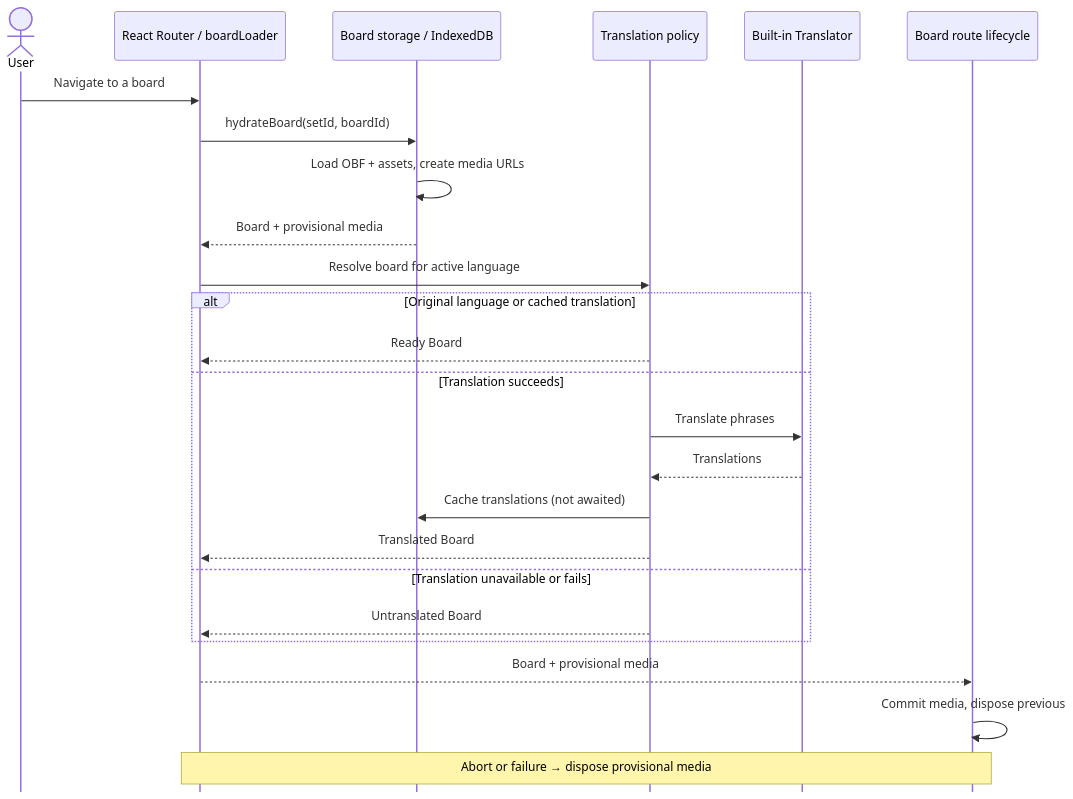
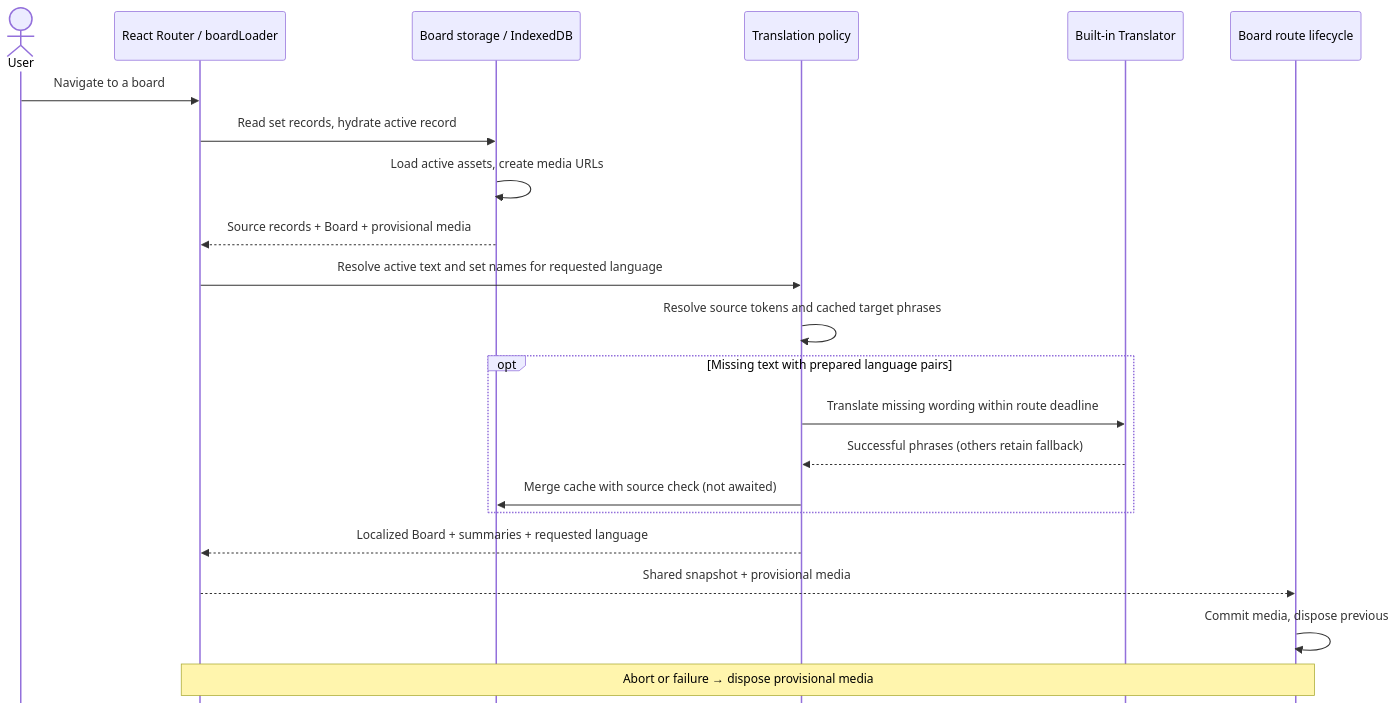
Before and after one commit to shayc/aac-board-ai: the second of 2 diagrams in docs/architecture.md, drawn with Mermaid. The commit also changed other lines of this file and 60 other files, not shown here.

Commit message:
fix(board): unify localized board and switcher content

````diff
--- a/docs/architecture.md
+++ b/docs/architecture.md
@@ -116,35 +122,32 @@
 ```mermaid
 %%{init: { "sequence": { "mirrorActors": false }}}%%
 sequenceDiagram
     accTitle: Opening a board
     accDescr: React Router hydrates a board from IndexedDB, optionally translates it, then renders it and commits its media resources.
 
     actor User
     participant Router as React Router / boardLoader
     participant Storage as Board storage / IndexedDB
     participant Translation as Translation policy
     participant AI as Built-in Translator
     participant Route as Board route lifecycle
 
     User->>Router: Navigate to a board
-    Router->>Storage: hydrateBoard(setId, boardId)
-    Storage->>Storage: Load OBF + assets, create media URLs
-    Storage-->>Router: Board + provisional media
-    Router->>Translation: Resolve board for active language
+    Router->>Storage: Read set records, hydrate active record
+    Storage->>Storage: Load active assets, create media URLs
+    Storage-->>Router: Source records + Board + provisional media
+    Router->>Translation: Resolve active text and set names for requested language
+    Translation->>Translation: Resolve source tokens and cached target phrases
 
-    alt Original language or cached translation
-        Translation-->>Router: Ready Board
-    else Translation succeeds
-        Translation->>AI: Translate phrases
-        AI-->>Translation: Translations
-        Translation->>Storage: Cache translations (not awaited)
-        Translation-->>Router: Translated Board
-    else Translation unavailable or fails
-        Translation-->>Router: Untranslated Board
+    opt Missing text with prepared language pairs
+        Translation->>AI: Translate missing wording within route deadline
+        AI-->>Translation: Successful phrases (others retain fallback)
+        Translation->>Storage: Merge cache with source check (not awaited)
     end
 
-    Router-->>Route: Board + provisional media
+    Translation-->>Router: Localized Board + summaries + requested language
+    Router-->>Route: Shared snapshot + provisional media
     Route->>Route: Commit media, dispose previous
 
     Note over Router,Route: Abort or failure → dispose provisional media
 ```
````
